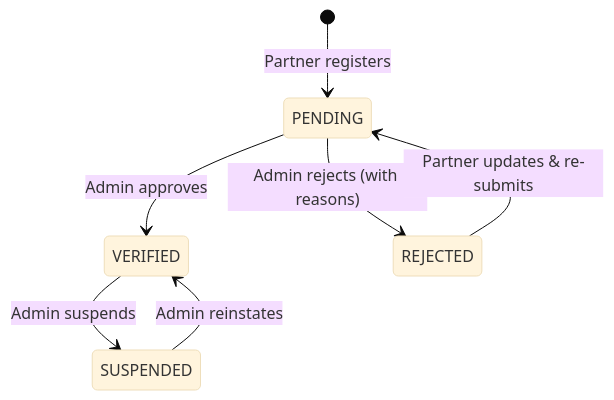
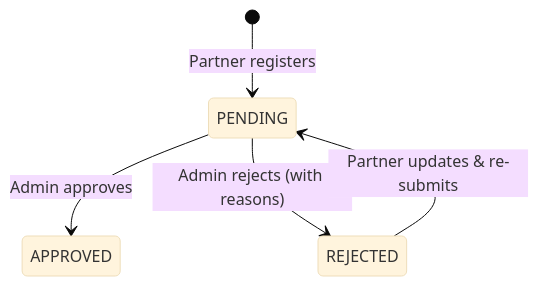
One commit to phatngti/Healytics changed the first of 2 diagrams in backend/docs/admin-partners.md. Above: the diagram before and after it, drawn with Mermaid (base theme). The commit also changed other lines of this file and 1 other file, not shown here.

````diff
--- a/backend/docs/admin-partners.md
+++ b/backend/docs/admin-partners.md
@@ -29,9 +29,7 @@
 ```mermaid
 stateDiagram-v2
     [*] --> PENDING: Partner registers
-    PENDING --> VERIFIED: Admin approves
+    PENDING --> APPROVED: Admin approves
     PENDING --> REJECTED: Admin rejects (with reasons)
     REJECTED --> PENDING: Partner updates & re-submits
-    VERIFIED --> SUSPENDED: Admin suspends
-    SUSPENDED --> VERIFIED: Admin reinstates
 ```
````
